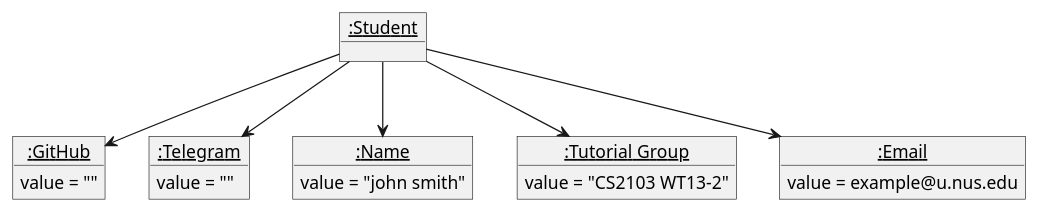
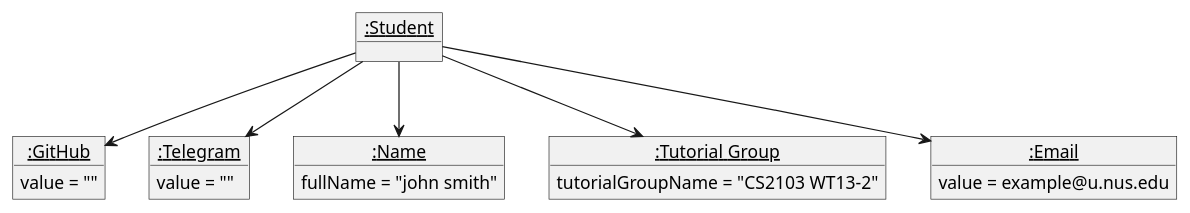
One commit to vanessaxuuan/tp changed the diagram in docs/diagrams/StudentWithEmptyTelegramAndGitHub.puml. Above: the diagram before and after it, drawn with PlantUML. The commit also changed 10 other files, not shown here.

Commit message:
Update UML diagrams and fix grammatical errors in ug

```diff
--- a/docs/diagrams/StudentWithEmptyTelegramAndGitHub.puml
+++ b/docs/diagrams/StudentWithEmptyTelegramAndGitHub.puml
@@ -1,22 +1,22 @@
 @startuml
 'https://plantuml.com/object-diagram
 
 object "__:Student__" as student
 object "__:GitHub__" as gitHub
 object "__:Telegram__" as telegram
 object "__:Name__" as name
 object "__:Tutorial Group__" as tg
 object "__:Email__" as email
 
 gitHub : value = ""
 telegram : value = ""
-name : value = "john smith"
-tg : value = "CS2103 WT13-2"
+name : fullName = "john smith"
+tg : tutorialGroupName = "CS2103 WT13-2"
 email : value = example@u.nus.edu
 
 student --> tg
 student --> name
 student --> gitHub
 student --> telegram
 student --> email
 @enduml
```
